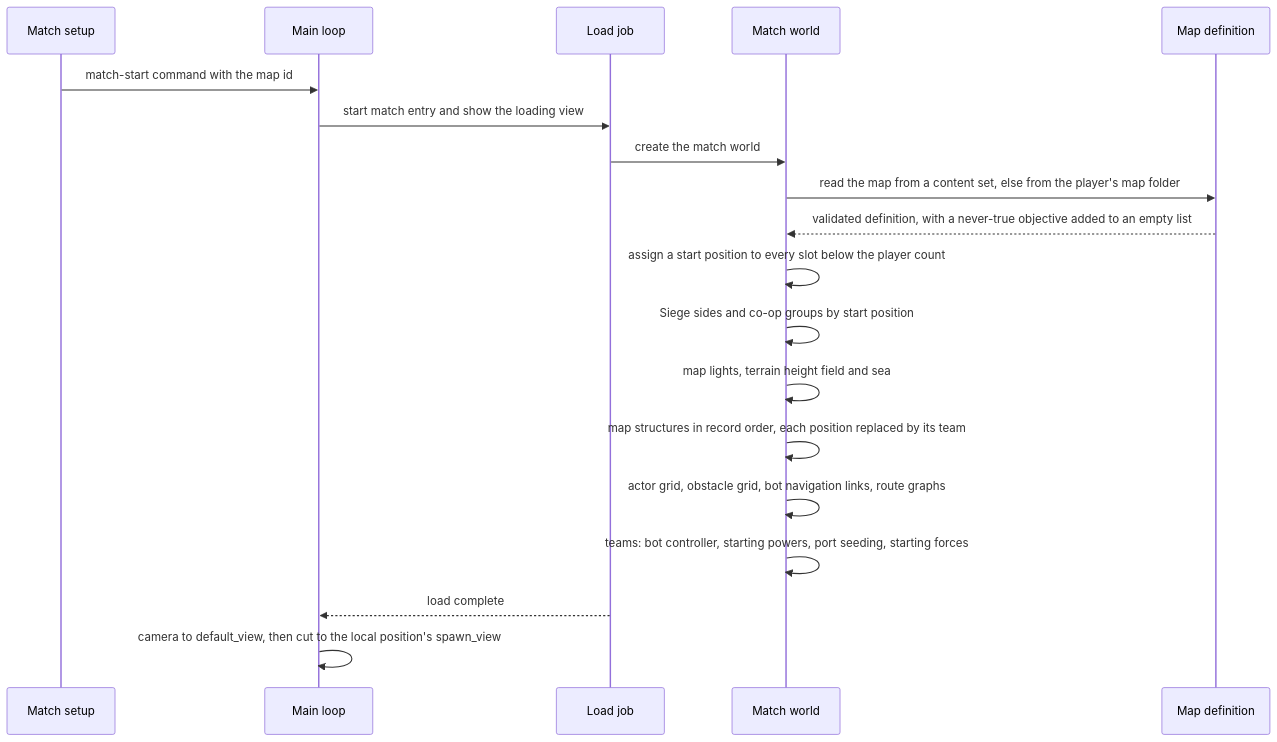
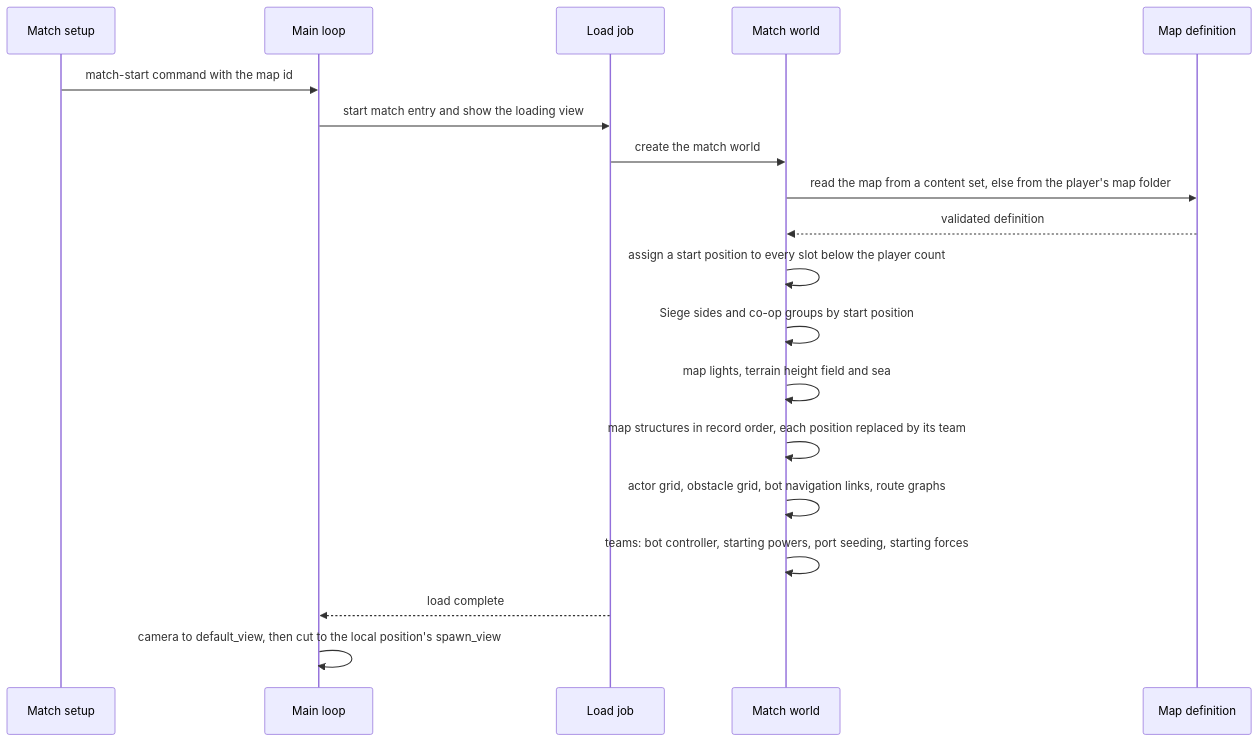
Before and after one commit to Zwaliebaba/Species.AI: the second of 4 diagrams in design_next/reference/08_maps_and_level_design/rules_and_conventions.md, drawn with Mermaid. The commit also changed other lines of this file and 17 other files, not shown here.

````diff
--- a/design_next/reference/08_maps_and_level_design/rules_and_conventions.md
+++ b/design_next/reference/08_maps_and_level_design/rules_and_conventions.md
@@ -705,21 +704,21 @@
 ```mermaid
 sequenceDiagram
     participant Setup as Match setup
     participant Main as Main loop
     participant Job as Load job
     participant World as Match world
     participant Map as Map definition
     Setup->>Main: match-start command with the map id
     Main->>Job: start match entry and show the loading view
     Job->>World: create the match world
     World->>Map: read the map from a content set, else from the player's map folder
-    Map-->>World: validated definition, with a never-true objective added to an empty list
+    Map-->>World: validated definition
     World->>World: assign a start position to every slot below the player count
     World->>World: Siege sides and co-op groups by start position
     World->>World: map lights, terrain height field and sea
     World->>World: map structures in record order, each position replaced by its team
     World->>World: actor grid, obstacle grid, bot navigation links, route graphs
     World->>World: teams: bot controller, starting powers, port seeding, starting forces
     Job-->>Main: load complete
     Main->>Main: camera to default_view, then cut to the local position's spawn_view
 ```
````
